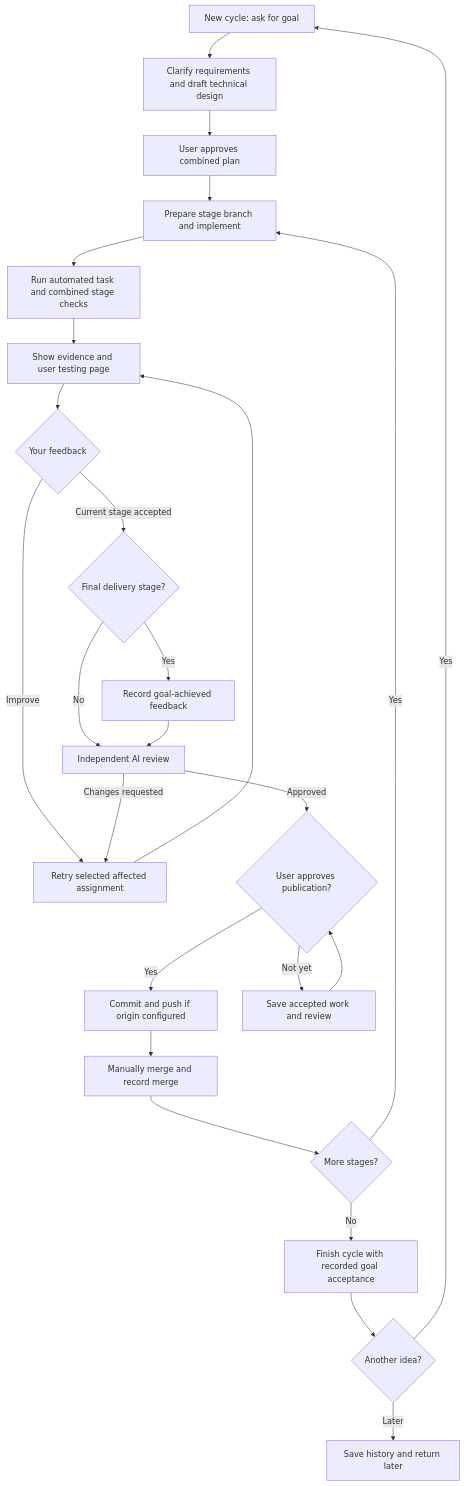
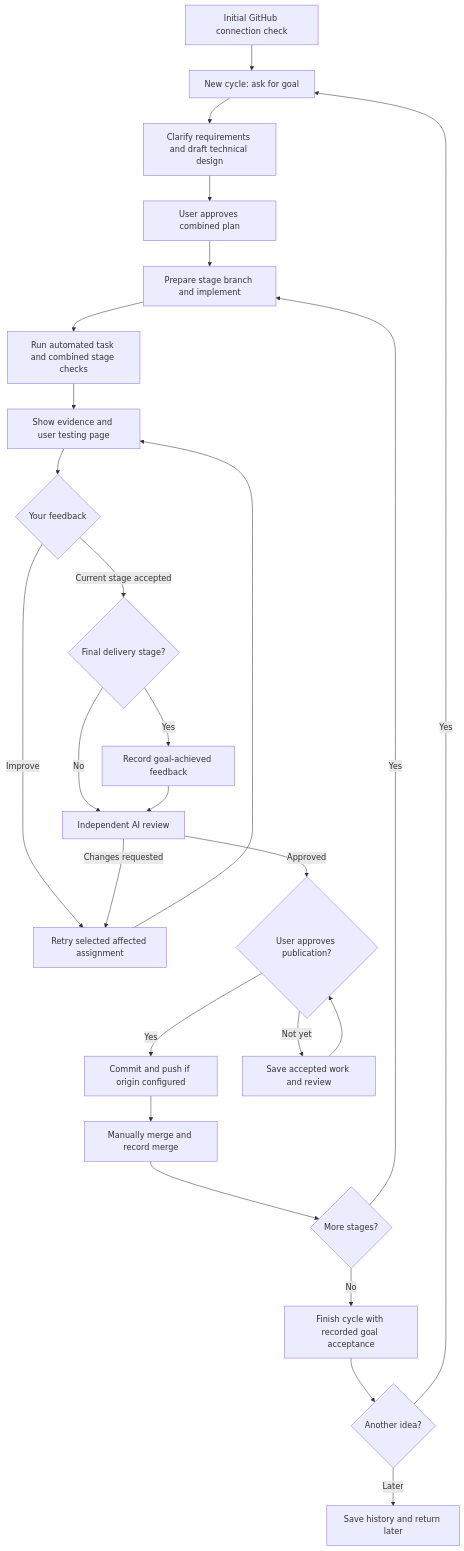
Before and after one commit to davidyao4344314/codex-project-orchestrator: the first of 2 diagrams in README.md, drawn with Mermaid. The commit also changed other lines of this file and 1 other file, not shown here.

Commit message:
Document GitHub connection setup and local-only workflow

````diff
--- a/README.md
+++ b/README.md
@@ -296,27 +319,28 @@
 ```mermaid
 flowchart TD
-    Idea[New cycle: ask for goal] --> Plan[Clarify requirements and draft technical design]
+    Connect[Initial GitHub connection check] --> Idea[New cycle: ask for goal]
+    Idea --> Plan[Clarify requirements and draft technical design]
     Plan --> Approval[User approves combined plan]
     Approval --> Stage[Prepare stage branch and implement]
     Stage --> Automated[Run automated task and combined stage checks]
     Automated --> Tests[Show evidence and user testing page]
     Tests --> FeedbackChoice{Your feedback}
     FeedbackChoice -->|Improve| Target[Retry selected affected assignment]
     Target --> Tests
     FeedbackChoice -->|Current stage accepted| Final{Final delivery stage?}
     Final -->|No| Review[Independent AI review]
     Final -->|Yes| Goal[Record goal-achieved feedback]
     Goal --> Review
     Review -->|Changes requested| Target
     Review -->|Approved| Permission{User approves publication?}
     Permission -->|Yes| Commit[Commit and push if origin configured]
     Permission -->|Not yet| PauseReview[Save accepted work and review]
     PauseReview --> Permission
     Commit --> Merge[Manually merge and record merge]
     Merge --> More{More stages?}
     More -->|Yes| Stage
     More -->|No| Feedback[Finish cycle with recorded goal acceptance]
     Feedback --> Again{Another idea?}
     Again -->|Yes| Idea
     Again -->|Later| Pause[Save history and return later]
 ```
````
